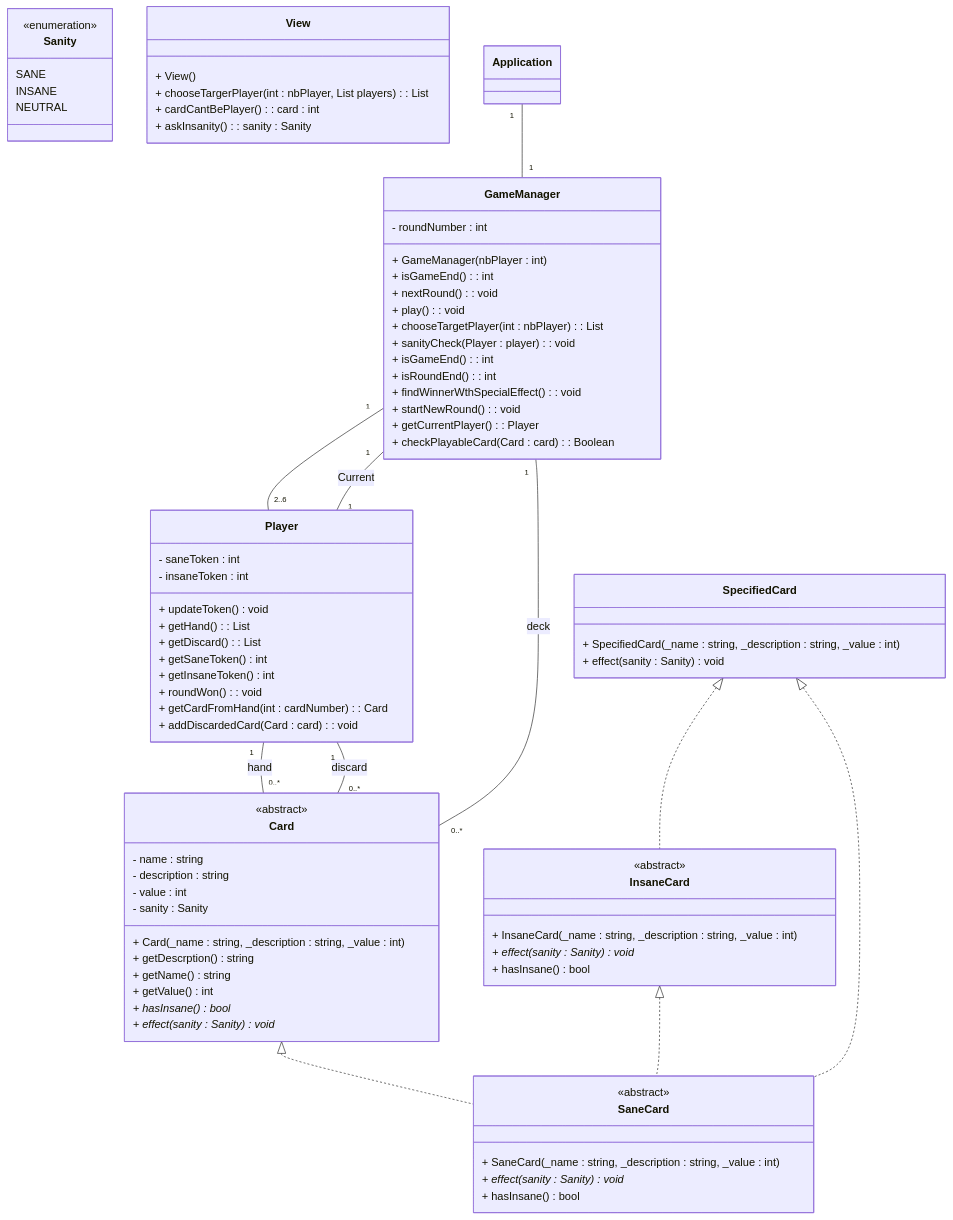
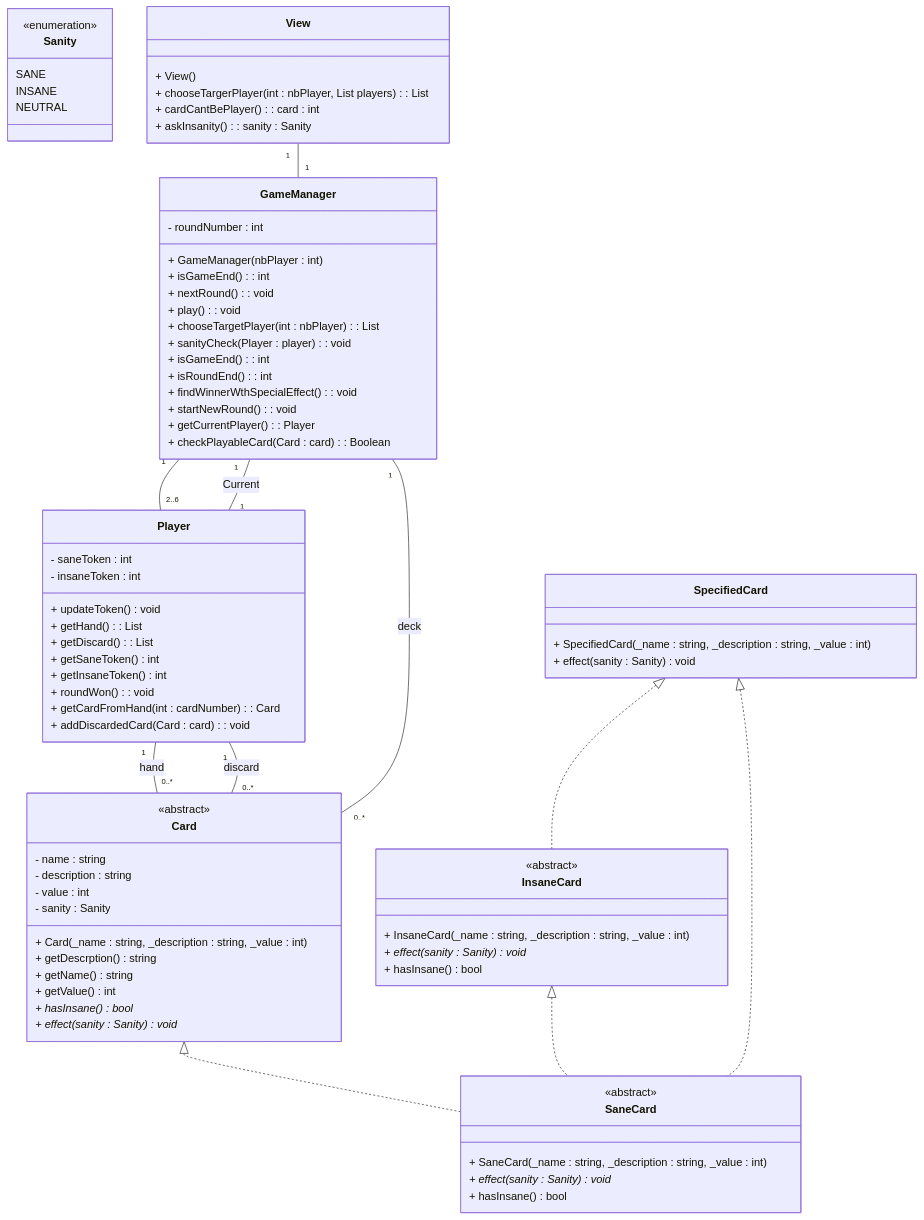
One commit to Marsevil/LovecraftLetter_IA changed the diagram in docs/uml.mmd. Above: the diagram before and after it, drawn with Mermaid. The commit also changed 1 other file, not shown here.

```diff
--- a/docs/uml.mmd
+++ b/docs/uml.mmd
@@ -1,90 +1,90 @@
 classDiagram
     class Sanity {
     <<enumeration>>
         SANE
         INSANE
         NEUTRAL
     }
 
     class Card {
     <<abstract>>
         - name : string
         - description : string
         - value : int
         - sanity : Sanity
 
         + Card(_name : string, _description : string, _value : int)
         + getDescrption() string
         + getName() string
         + getValue() int
         + hasInsane()* bool
         + effect(sanity : Sanity)* void
     }
 
     class SaneCard {
     <<abstract>>
         + SaneCard(_name : string, _description : string, _value : int)
         + effect(sanity : Sanity)* void
         + hasInsane() bool
     }
 
     class InsaneCard {
     <<abstract>>
         + InsaneCard(_name : string, _description : string, _value : int)
         + effect(sanity : Sanity)* void
         + hasInsane() bool
     }
 
     class SpecifiedCard {
         + SpecifiedCard(_name : string, _description : string, _value : int)
         + effect(sanity : Sanity) void
     }
 
     class GameManager {
         - roundNumber : int
 
         + GameManager(nbPlayer : int)
         + isGameEnd() : int
         + nextRound() : void
         + play() : void
         + chooseTargetPlayer(int : nbPlayer) : List<Player>
         + sanityCheck(Player : player) : void
         + isGameEnd() : int
         + isRoundEnd() : int
         + findWinnerWthSpecialEffect() : void
         + startNewRound() : void
         + getCurrentPlayer() : Player
         + checkPlayableCard(Card : card) : Boolean 
     }
 
     class Player {
         - saneToken : int
         - insaneToken : int
 
         + updateToken() void
         + getHand() : List<Card>
         + getDiscard() : List<Card>
         + getSaneToken() int
         + getInsaneToken() int
         + roundWon() : void
         + getCardFromHand(int : cardNumber) : Card
         + addDiscardedCard(Card : card) : void
     }
 
     class View {
         + View()
         + chooseTargerPlayer(int : nbPlayer, List<Player> players) : List<Player>
         + cardCantBePlayer() : card : int
         + askInsanity() : sanity : Sanity
     }
 
     Card <|.. SaneCard
     InsaneCard <|.. SaneCard
     SpecifiedCard <|.. SaneCard
     SpecifiedCard <|.. InsaneCard
     Player "1" -- "0..*" Card : hand
     Player "1" -- "0..*" Card : discard
     GameManager "1" -- "0..*" Card : deck
     GameManager "1" -- "2..6" Player
     GameManager "1" -- "1" Player : Current
-    Application "1" -- "1" GameManager
+    View "1" -- "1" GameManager
```
